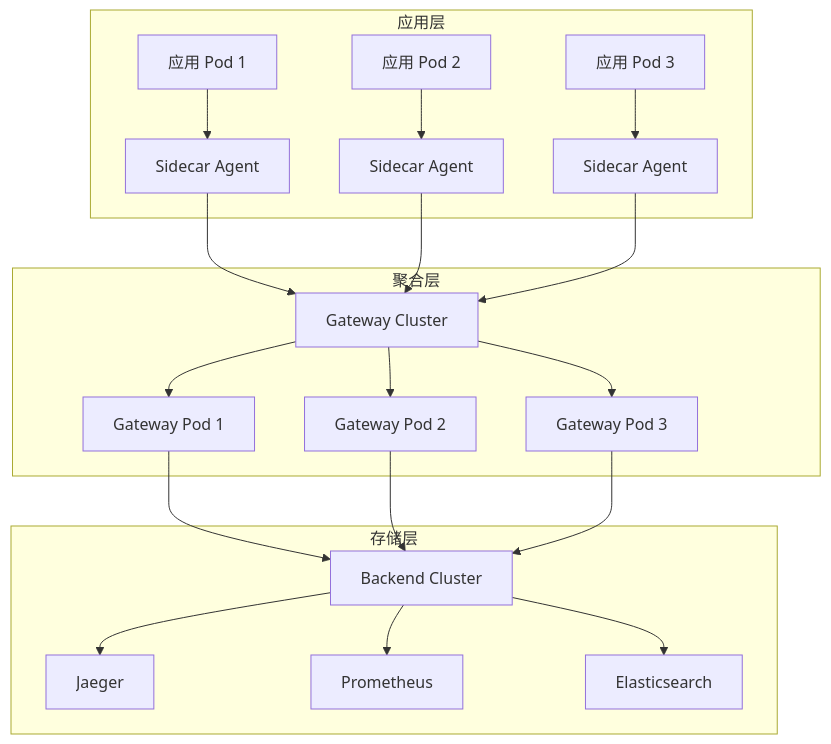
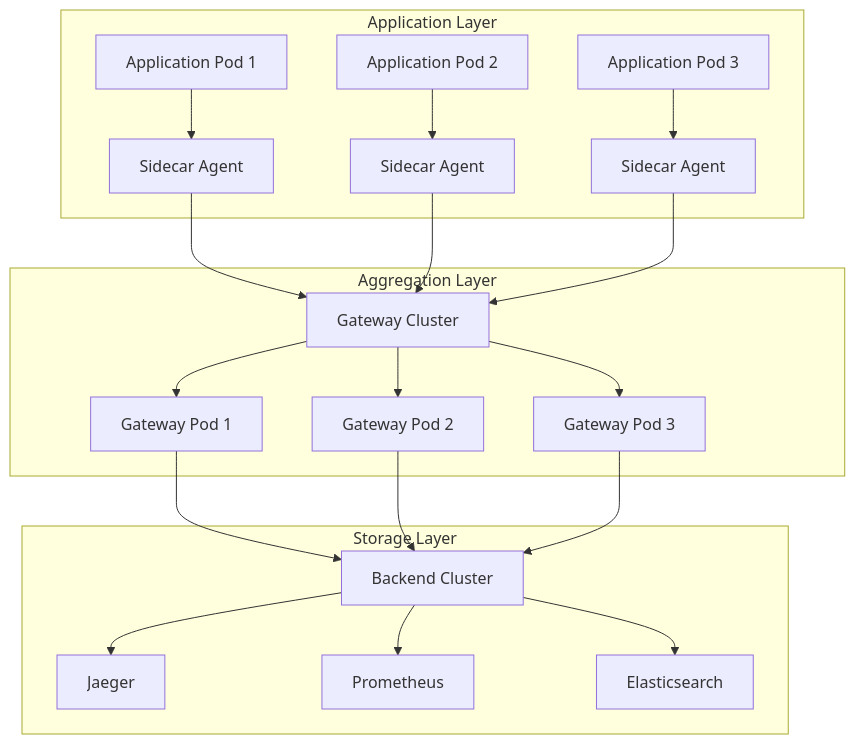
The first of 5 diagrams in docs/analysis/golang-1.25.1-otlp-integration/2025-updates/06-deployment-architecture.md (AdaMartin18010/OTLP_go), drawn with Mermaid before and after one commit. The commit also changed other lines of this file and 25 other files, not shown here.

````diff
--- a/docs/analysis/golang-1.25.1-otlp-integration/2025-updates/06-deployment-architecture.md
+++ b/docs/analysis/golang-1.25.1-otlp-integration/2025-updates/06-deployment-architecture.md
@@ -76,26 +90,26 @@
 ```mermaid
 graph TB
-    subgraph "应用层"
-        A1[应用 Pod 1] --> B1[Sidecar Agent]
-        A2[应用 Pod 2] --> B2[Sidecar Agent]
-        A3[应用 Pod 3] --> B3[Sidecar Agent]
+    subgraph "Application Layer"
+        A1[Application Pod 1] --> B1[Sidecar Agent]
+        A2[Application Pod 2] --> B2[Sidecar Agent]
+        A3[Application Pod 3] --> B3[Sidecar Agent]
     end
     
-    subgraph "聚合层"
+    subgraph "Aggregation Layer"
         B1 --> C[Gateway Cluster]
         B2 --> C
         B3 --> C
         C --> C1[Gateway Pod 1]
         C --> C2[Gateway Pod 2]
         C --> C3[Gateway Pod 3]
     end
     
-    subgraph "存储层"
+    subgraph "Storage Layer"
         C1 --> D[Backend Cluster]
         C2 --> D
         C3 --> D
         D --> D1[Jaeger]
         D --> D2[Prometheus]
         D --> D3[Elasticsearch]
     end
 ```
````
